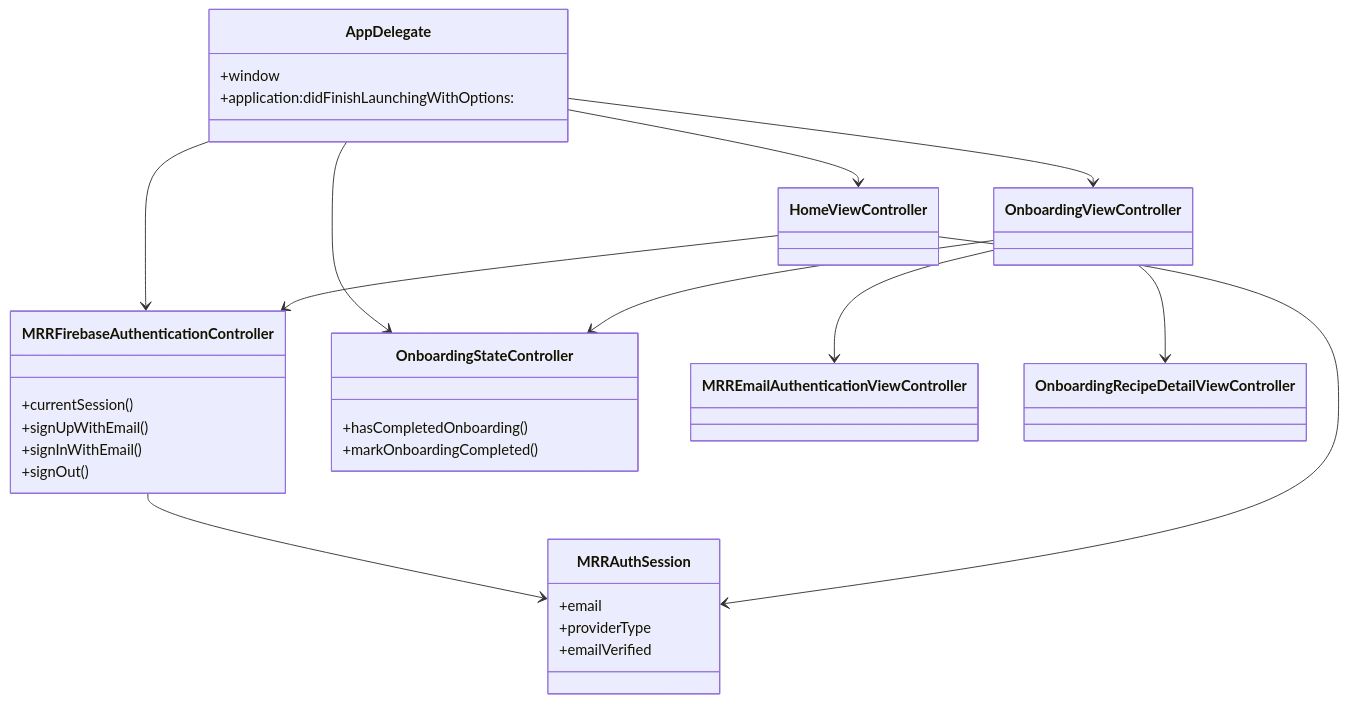
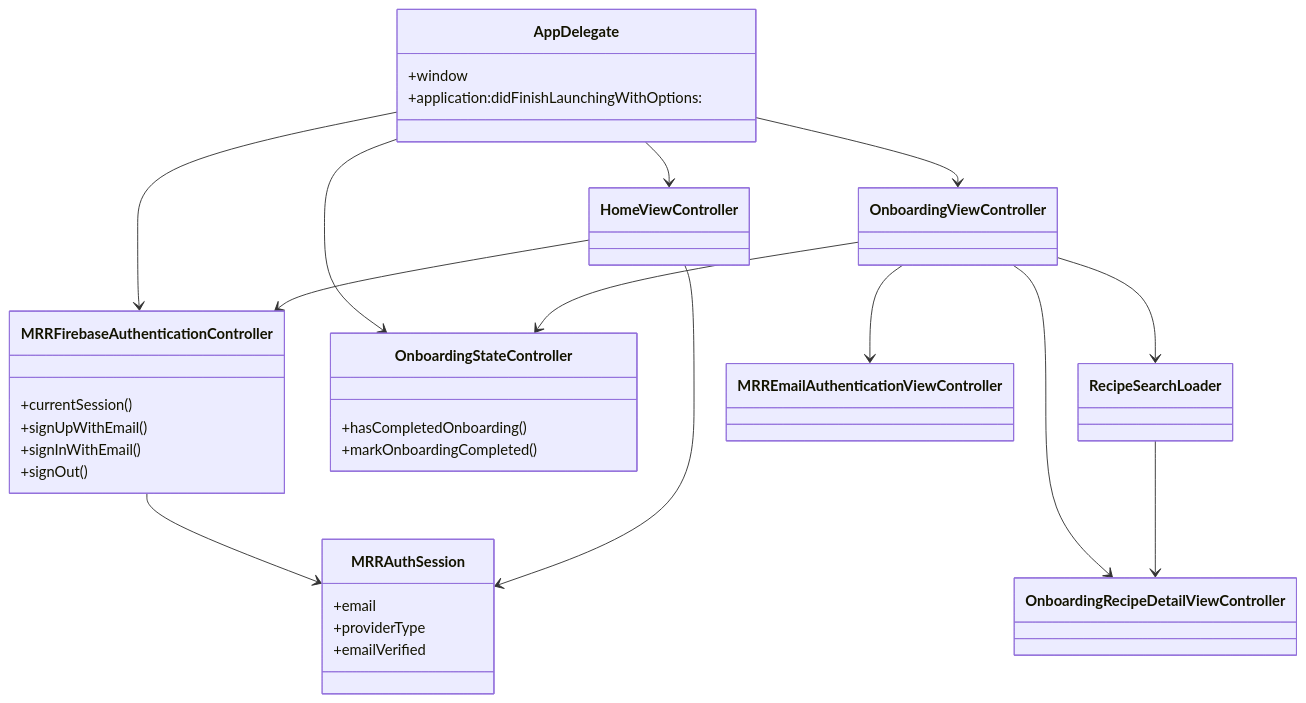
One commit to bengidev/ios-mrr-experiment changed the fifth of 6 diagrams in ARCHITECTURE.md. Above: the diagram before and after it, drawn with Mermaid. The commit also changed other lines of this file and 2 other files, not shown here.

Commit message:
docs(onboarding): document live recipe detail experience

````diff
--- a/ARCHITECTURE.md
+++ b/ARCHITECTURE.md
@@ -187,44 +200,47 @@
 ```mermaid
 classDiagram
   class AppDelegate {
     +window
     +application:didFinishLaunchingWithOptions:
   }
 
   class MRRFirebaseAuthenticationController {
     +currentSession()
     +signUpWithEmail()
     +signInWithEmail()
     +signOut()
   }
 
   class MRRAuthSession {
     +email
     +providerType
     +emailVerified
   }
 
   class OnboardingStateController {
     +hasCompletedOnboarding()
     +markOnboardingCompleted()
   }
 
   class OnboardingViewController
+  class RecipeSearchLoader
 
   class MRREmailAuthenticationViewController
 
   class HomeViewController
 
   class OnboardingRecipeDetailViewController
 
   AppDelegate --> MRRFirebaseAuthenticationController
   MRRFirebaseAuthenticationController --> MRRAuthSession
   AppDelegate --> OnboardingStateController
   AppDelegate --> OnboardingViewController
   AppDelegate --> HomeViewController
   OnboardingViewController --> OnboardingStateController
   OnboardingViewController --> MRREmailAuthenticationViewController
   OnboardingViewController --> OnboardingRecipeDetailViewController
+  OnboardingViewController --> RecipeSearchLoader
+  RecipeSearchLoader --> OnboardingRecipeDetailViewController
   HomeViewController --> MRRFirebaseAuthenticationController
   HomeViewController --> MRRAuthSession
 ```
````
